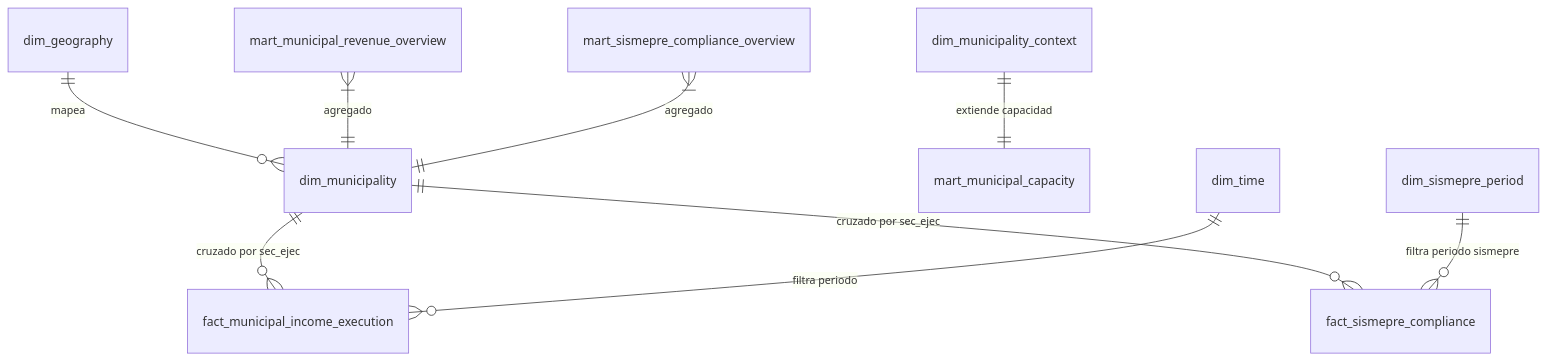
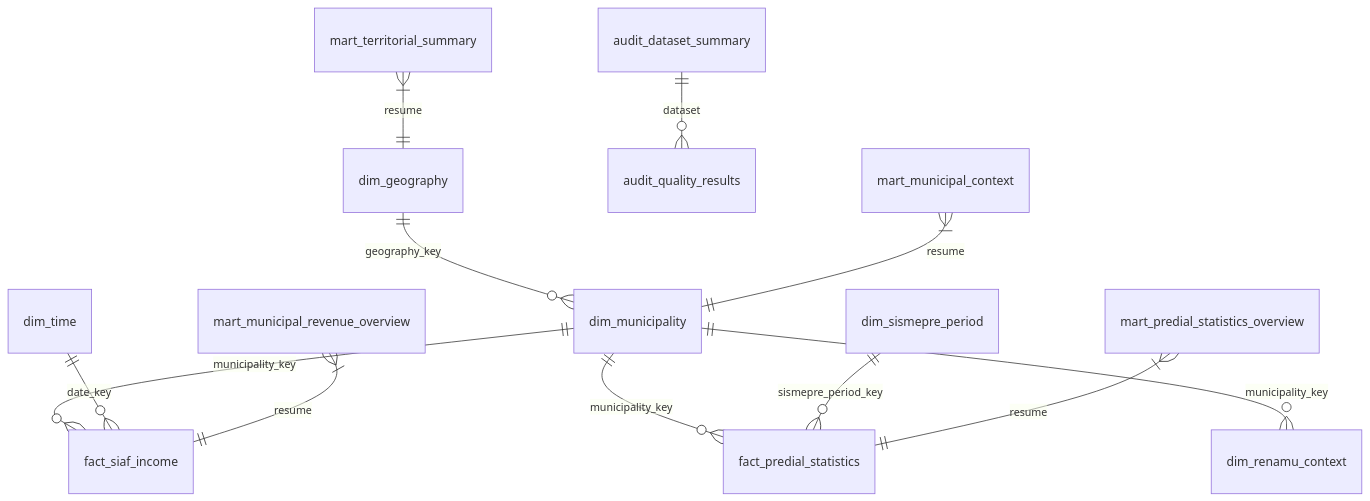
Before and after one commit to joseltenorio/municipal-revenue-bigdata-analytics: the diagram in docs/gold_model.md, drawn with Mermaid. The commit also changed other lines of this file and 12 other files, not shown here.

Commit message:
docs(model): define final dimensional and audit architecture

````diff
--- a/docs/gold_model.md
+++ b/docs/gold_model.md
@@ -21,11 +28,14 @@
 ```mermaid
 erDiagram
-    dim_geography ||--o{ dim_municipality : "mapea"
-    dim_municipality ||--o{ fact_municipal_income_execution : "cruzado por sec_ejec"
-    dim_municipality ||--o{ fact_sismepre_compliance : "cruzado por sec_ejec"
-    dim_municipality_context ||--|| mart_municipal_capacity : "extiende capacidad"
-    dim_time ||--o{ fact_municipal_income_execution : "filtra periodo"
-    dim_sismepre_period ||--o{ fact_sismepre_compliance : "filtra periodo sismepre"
-    mart_municipal_revenue_overview }|--|| dim_municipality : "agregado"
-    mart_sismepre_compliance_overview }|--|| dim_municipality : "agregado"
+    dim_geography ||--o{ dim_municipality : geography_key
+    dim_municipality ||--o{ fact_siaf_income : municipality_key
+    dim_municipality ||--o{ fact_predial_statistics : municipality_key
+    dim_sismepre_period ||--o{ fact_predial_statistics : sismepre_period_key
+    dim_time ||--o{ fact_siaf_income : date_key
+    dim_municipality ||--o{ dim_renamu_context : municipality_key
+    audit_dataset_summary ||--o{ audit_quality_results : dataset
+    mart_municipal_revenue_overview }|--|| fact_siaf_income : resume
+    mart_predial_statistics_overview }|--|| fact_predial_statistics : resume
+    mart_municipal_context }|--|| dim_municipality : resume
+    mart_territorial_summary }|--|| dim_geography : resume
 ```
````
